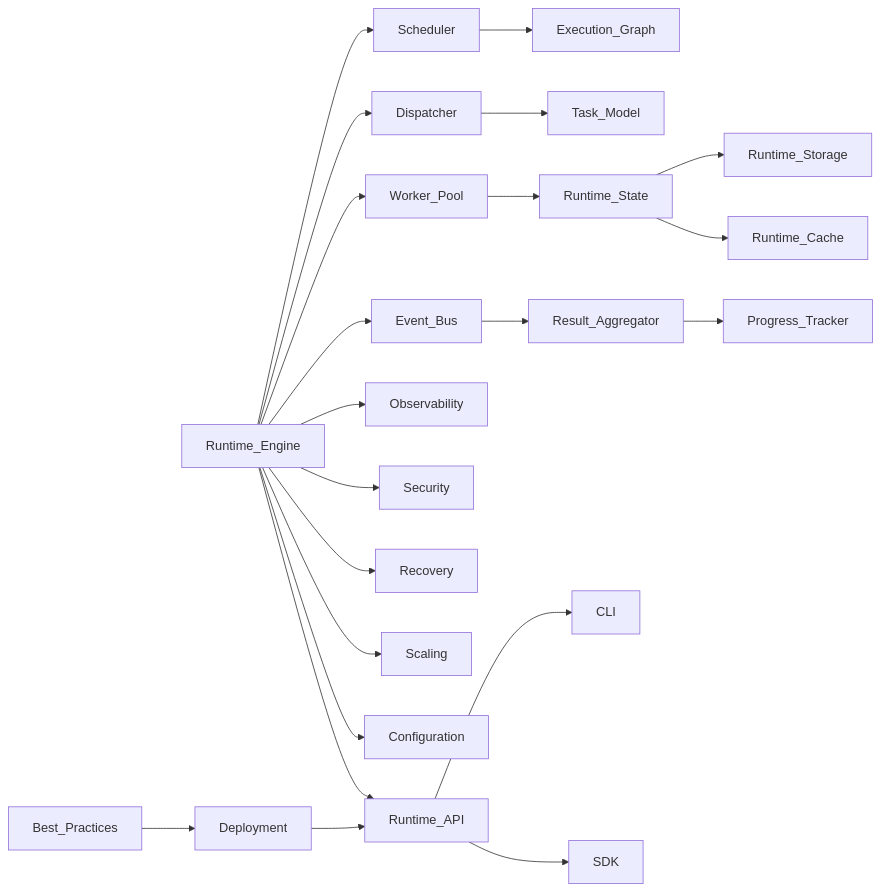
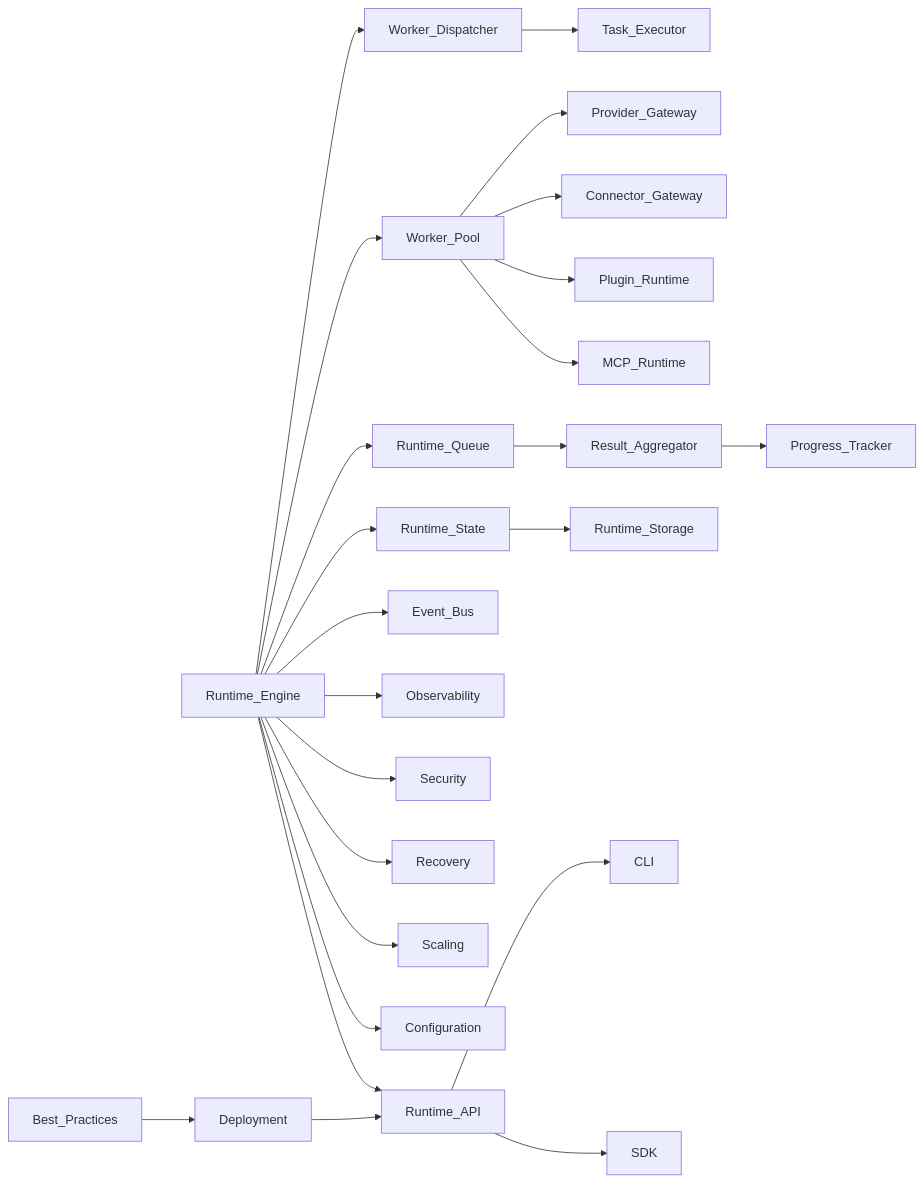
The third of 3 diagrams in docs/runtime/INDEX.md (Buicongbang04/Social_OS), drawn with Mermaid before and after one commit. The commit also changed other lines of this file and 55 other files, not shown here.

````diff
--- a/docs/runtime/INDEX.md
+++ b/docs/runtime/INDEX.md
@@ -143,24 +152,26 @@
 ```mermaid
 flowchart LR
-    Runtime_Engine --> Scheduler
-    Runtime_Engine --> Dispatcher
+    Runtime_Engine --> Worker_Dispatcher
     Runtime_Engine --> Worker_Pool
-    Scheduler --> Execution_Graph
-    Dispatcher --> Task_Model
-    Worker_Pool --> Runtime_State
+    Worker_Dispatcher --> Task_Executor
+    Worker_Pool --> Provider_Gateway
+    Worker_Pool --> Connector_Gateway
+    Worker_Pool --> Plugin_Runtime
+    Worker_Pool --> MCP_Runtime
+    Runtime_Engine --> Runtime_Queue
+    Runtime_Queue --> Result_Aggregator
+    Result_Aggregator --> Progress_Tracker
+    Runtime_Engine --> Runtime_State
     Runtime_State --> Runtime_Storage
-    Runtime_State --> Runtime_Cache
     Runtime_Engine --> Event_Bus
-    Event_Bus --> Result_Aggregator
-    Result_Aggregator --> Progress_Tracker
     Runtime_Engine --> Observability
     Runtime_Engine --> Security
     Runtime_Engine --> Recovery
     Runtime_Engine --> Scaling
     Runtime_Engine --> Configuration
     Runtime_Engine --> Runtime_API
     Runtime_API --> CLI
     Runtime_API --> SDK
     Deployment --> Runtime_API
     Best_Practices --> Deployment
 ```
````
